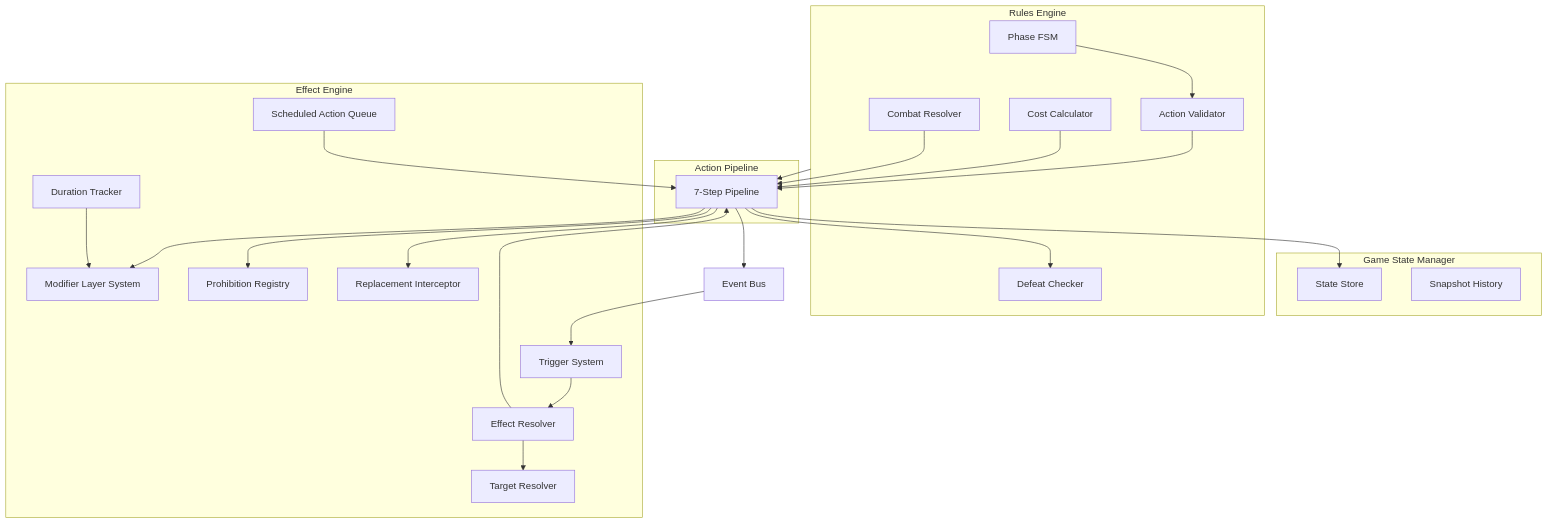
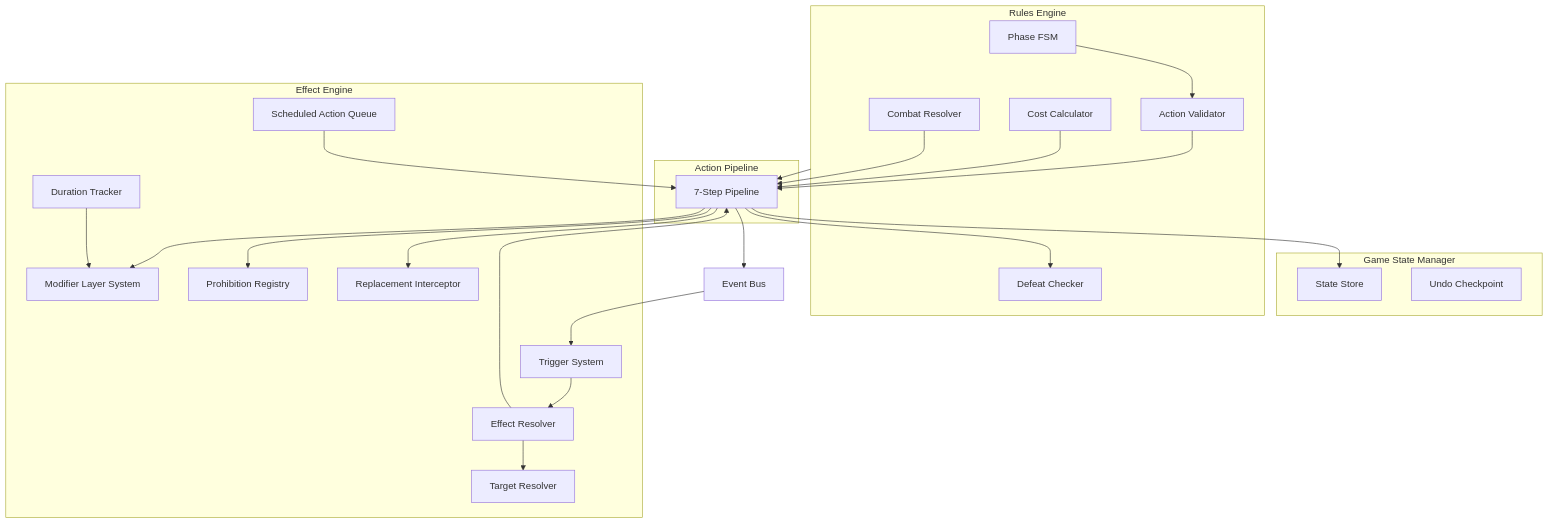
The first of 4 diagrams in docs/game-engine/08-ENGINE-ARCHITECTURE.md (corycunanan/optcg-sim), drawn with Mermaid before and after one commit. The commit also changed other lines of this file and 8 other files, not shown here.

````diff
--- a/docs/game-engine/08-ENGINE-ARCHITECTURE.md
+++ b/docs/game-engine/08-ENGINE-ARCHITECTURE.md
@@ -48,50 +48,50 @@
 ```mermaid
 graph TB
   subgraph gameStateManager [Game State Manager]
     stateStore["State Store"]
-    snapshotHistory["Snapshot History"]
+    undoCheckpoint["Undo Checkpoint"]
   end
 
   subgraph rulesEngine [Rules Engine]
     phaseFSM["Phase FSM"]
     actionValidator["Action Validator"]
     combatResolver["Combat Resolver"]
     costCalculator["Cost Calculator"]
     defeatChecker["Defeat Checker"]
   end
 
   subgraph effectEngine [Effect Engine]
     triggerSystem["Trigger System"]
     effectResolver["Effect Resolver"]
     targetResolver["Target Resolver"]
     modifierLayers["Modifier Layer System"]
     prohibitionRegistry["Prohibition Registry"]
     replacementInterceptor["Replacement Interceptor"]
     durationTracker["Duration Tracker"]
     scheduledQueue["Scheduled Action Queue"]
   end
 
   subgraph actionPipeline [Action Pipeline]
     pipeline["7-Step Pipeline"]
   end
 
   eventBus["Event Bus"]
 
   pipeline --> stateStore
   pipeline --> eventBus
   eventBus --> triggerSystem
   triggerSystem --> effectResolver
   effectResolver --> targetResolver
   effectResolver --> pipeline
   pipeline --> prohibitionRegistry
   pipeline --> replacementInterceptor
   pipeline --> modifierLayers
   pipeline --> defeatChecker
   rulesEngine --> pipeline
   phaseFSM --> actionValidator
   actionValidator --> pipeline
   costCalculator --> pipeline
   combatResolver --> pipeline
   durationTracker --> modifierLayers
   scheduledQueue --> pipeline
 ```
````
